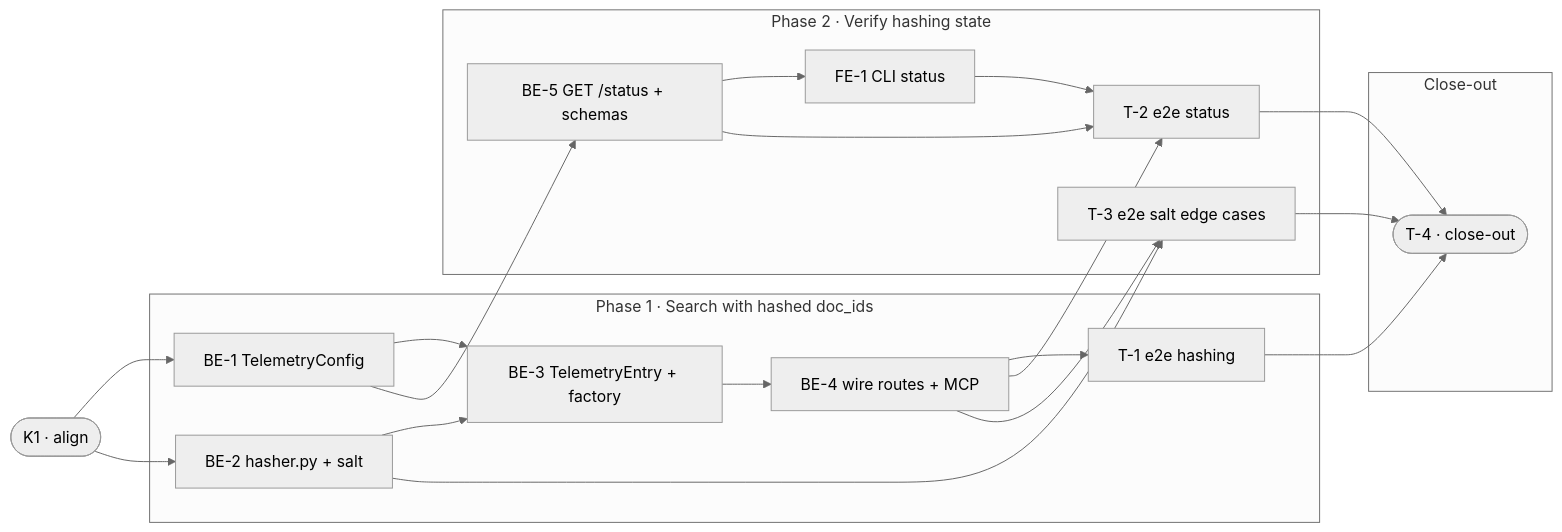
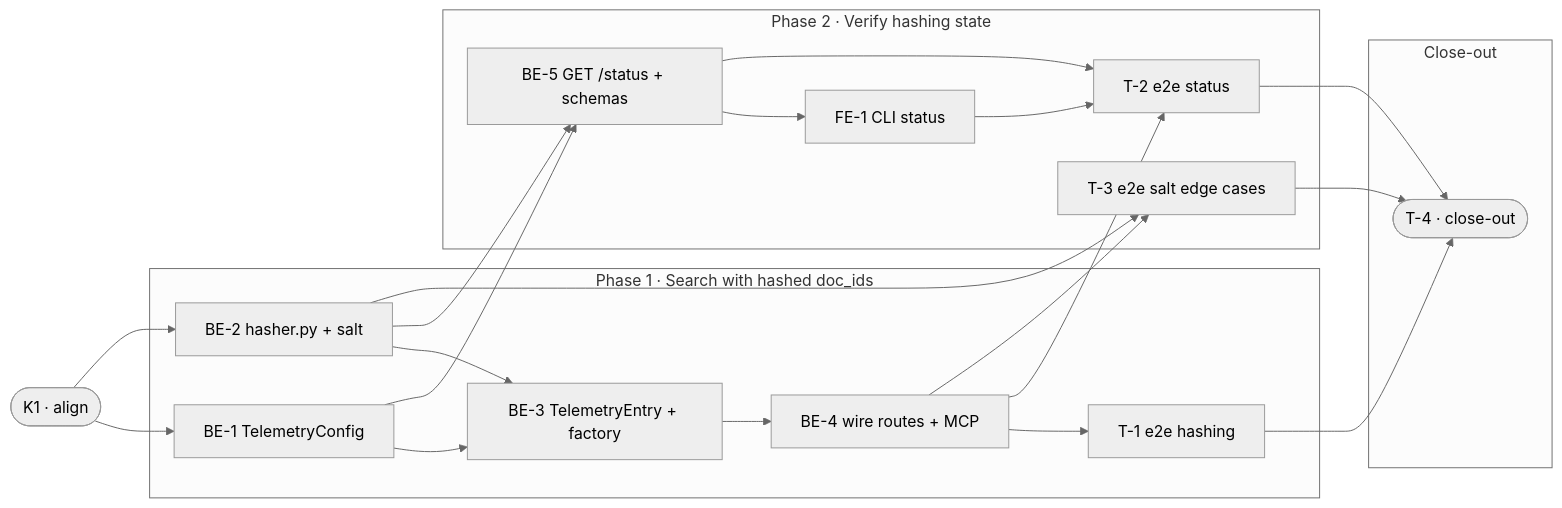
Before and after one commit to user538295/archon-search: the second of 2 diagrams in Documentation/Backlog/D8-hashed-doc-id-telemetry-team-plan.md, drawn with Mermaid (neutral theme). The commit also changed other lines of this file and 9 other files, not shown here.

````diff
--- a/Documentation/Backlog/D8-hashed-doc-id-telemetry-team-plan.md
+++ b/Documentation/Backlog/D8-hashed-doc-id-telemetry-team-plan.md
@@ -296,40 +301,41 @@
 ```mermaid
 flowchart LR
   K1([K1 · align])
 
   subgraph P1["Phase 1 · Search with hashed doc_ids"]
     BE1[BE-1 TelemetryConfig]
     BE2[BE-2 hasher.py + salt]
     BE3[BE-3 TelemetryEntry + factory]
     BE4[BE-4 wire routes + MCP]
     T1[T-1 e2e hashing]
   end
 
   subgraph P2["Phase 2 · Verify hashing state"]
     BE5[BE-5 GET /status + schemas]
     FE1[FE-1 CLI status]
     T2[T-2 e2e status]
     T3[T-3 e2e salt edge cases]
   end
 
   subgraph P3["Close-out"]
     T4([T-4 · close-out])
   end
 
   K1 --> BE1
   K1 --> BE2
   BE1 --> BE3
   BE2 --> BE3
   BE3 --> BE4
   BE4 --> T1
   BE1 --> BE5
+  BE2 --> BE5
   BE5 --> FE1
   BE4 --> T2
   BE5 --> T2
   FE1 --> T2
   BE4 --> T3
   BE2 --> T3
   T1 --> T4
   T2 --> T4
   T3 --> T4
 ```
````
